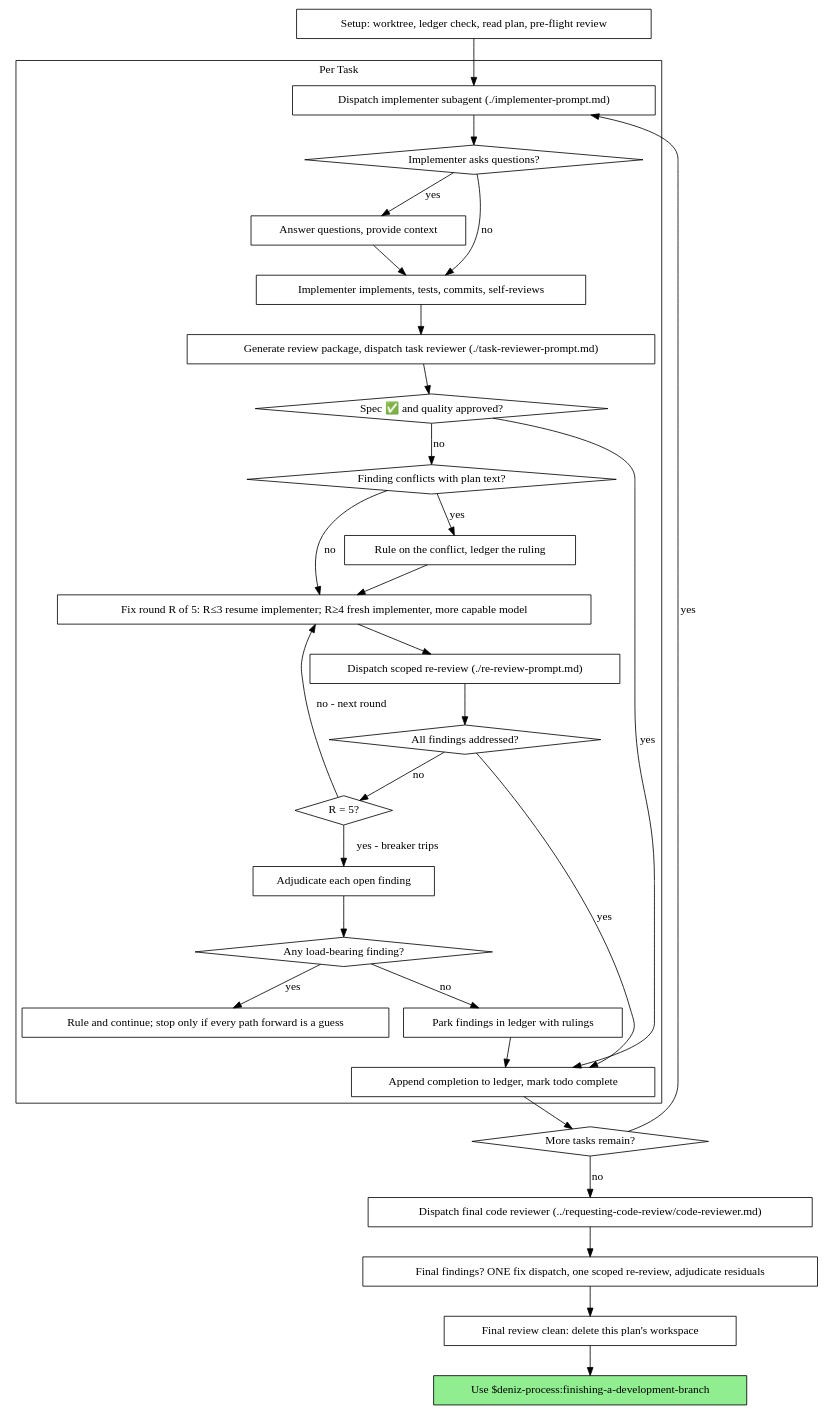
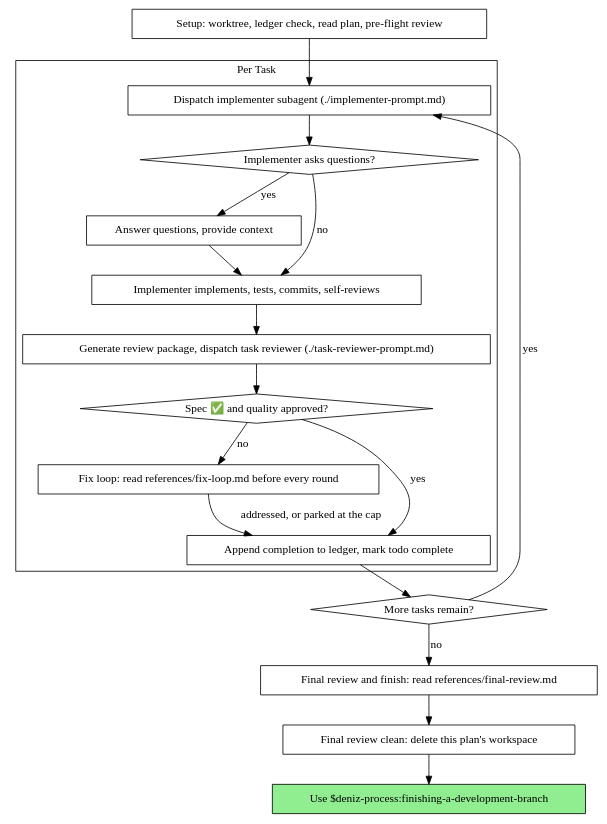
Before and after one commit to Blind-Striker/agent-skills-and-plugins: the second of 2 diagrams in codex/deniz-process/skills/subagent-driven-development/SKILL.md, drawn with Graphviz. The commit also changed other lines of this file and 173 other files, not shown here.

````diff
--- a/codex/deniz-process/skills/subagent-driven-development/SKILL.md
+++ b/codex/deniz-process/skills/subagent-driven-development/SKILL.md
@@ -89,62 +82,39 @@
 ```dot
 digraph process {
     rankdir=TB;
 
     subgraph cluster_per_task {
         label="Per Task";
         "Dispatch implementer subagent (./implementer-prompt.md)" [shape=box];
         "Implementer asks questions?" [shape=diamond];
         "Answer questions, provide context" [shape=box];
         "Implementer implements, tests, commits, self-reviews" [shape=box];
         "Generate review package, dispatch task reviewer (./task-reviewer-prompt.md)" [shape=box];
         "Spec ✅ and quality approved?" [shape=diamond];
-        "Finding conflicts with plan text?" [shape=diamond];
-        "Rule on the conflict, ledger the ruling" [shape=box];
-        "Fix round R of 5: R≤3 resume implementer; R≥4 fresh implementer, more capable model" [shape=box];
-        "Dispatch scoped re-review (./re-review-prompt.md)" [shape=box];
-        "All findings addressed?" [shape=diamond];
-        "R = 5?" [shape=diamond];
-        "Adjudicate each open finding" [shape=box];
-        "Any load-bearing finding?" [shape=diamond];
-        "Rule and continue; stop only if every path forward is a guess" [shape=box];
-        "Park findings in ledger with rulings" [shape=box];
+        "Fix loop: read references/fix-loop.md before every round" [shape=box];
         "Append completion to ledger, mark todo complete" [shape=box];
     }
 
     "Setup: worktree, ledger check, read plan, pre-flight review" [shape=box];
     "More tasks remain?" [shape=diamond];
-    "Dispatch final code reviewer (../requesting-code-review/code-reviewer.md)" [shape=box];
-    "Final findings? ONE fix dispatch, one scoped re-review, adjudicate residuals" [shape=box];
+    "Final review and finish: read references/final-review.md" [shape=box];
     "Final review clean: delete this plan's workspace" [shape=box];
     "Use $deniz-process:finishing-a-development-branch" [shape=box style=filled fillcolor=lightgreen];
 
     "Setup: worktree, ledger check, read plan, pre-flight review" -> "Dispatch implementer subagent (./implementer-prompt.md)";
     "Dispatch implementer subagent (./implementer-prompt.md)" -> "Implementer asks questions?";
     "Implementer asks questions?" -> "Answer questions, provide context" [label="yes"];
     "Answer questions, provide context" -> "Implementer implements, tests, commits, self-reviews";
     "Implementer asks questions?" -> "Implementer implements, tests, commits, self-reviews" [label="no"];
     "Implementer implements, tests, commits, self-reviews" -> "Generate review package, dispatch task reviewer (./task-reviewer-prompt.md)";
     "Generate review package, dispatch task reviewer (./task-reviewer-prompt.md)" -> "Spec ✅ and quality approved?";
     "Spec ✅ and quality approved?" -> "Append completion to ledger, mark todo complete" [label="yes"];
-    "Spec ✅ and quality approved?" -> "Finding conflicts with plan text?" [label="no"];
-    "Finding conflicts with plan text?" -> "Rule on the conflict, ledger the ruling" [label="yes"];
-    "Rule on the conflict, ledger the ruling" -> "Fix round R of 5: R≤3 resume implementer; R≥4 fresh implementer, more capable model";
-    "Finding conflicts with plan text?" -> "Fix round R of 5: R≤3 resume implementer; R≥4 fresh implementer, more capable model" [label="no"];
-    "Fix round R of 5: R≤3 resume implementer; R≥4 fresh implementer, more capable model" -> "Dispatch scoped re-review (./re-review-prompt.md)";
-    "Dispatch scoped re-review (./re-review-prompt.md)" -> "All findings addressed?";
-    "All findings addressed?" -> "Append completion to ledger, mark todo complete" [label="yes"];
-    "All findings addressed?" -> "R = 5?" [label="no"];
-    "R = 5?" -> "Fix round R of 5: R≤3 resume implementer; R≥4 fresh implementer, more capable model" [label="no - next round"];
-    "R = 5?" -> "Adjudicate each open finding" [label="yes - breaker trips"];
-    "Adjudicate each open finding" -> "Any load-bearing finding?";
-    "Any load-bearing finding?" -> "Rule and continue; stop only if every path forward is a guess" [label="yes"];
-    "Any load-bearing finding?" -> "Park findings in ledger with rulings" [label="no"];
-    "Park findings in ledger with rulings" -> "Append completion to ledger, mark todo complete";
+    "Spec ✅ and quality approved?" -> "Fix loop: read references/fix-loop.md before every round" [label="no"];
+    "Fix loop: read references/fix-loop.md before every round" -> "Append completion to ledger, mark todo complete" [label="addressed, or parked at the cap"];
     "Append completion to ledger, mark todo complete" -> "More tasks remain?";
     "More tasks remain?" -> "Dispatch implementer subagent (./implementer-prompt.md)" [label="yes"];
-    "More tasks remain?" -> "Dispatch final code reviewer (../requesting-code-review/code-reviewer.md)" [label="no"];
-    "Dispatch final code reviewer (../requesting-code-review/code-reviewer.md)" -> "Final findings? ONE fix dispatch, one scoped re-review, adjudicate residuals";
-    "Final findings? ONE fix dispatch, one scoped re-review, adjudicate residuals" -> "Final review clean: delete this plan's workspace";
+    "More tasks remain?" -> "Final review and finish: read references/final-review.md" [label="no"];
+    "Final review and finish: read references/final-review.md" -> "Final review clean: delete this plan's workspace";
     "Final review clean: delete this plan's workspace" -> "Use $deniz-process:finishing-a-development-branch";
 }
 ```
````
